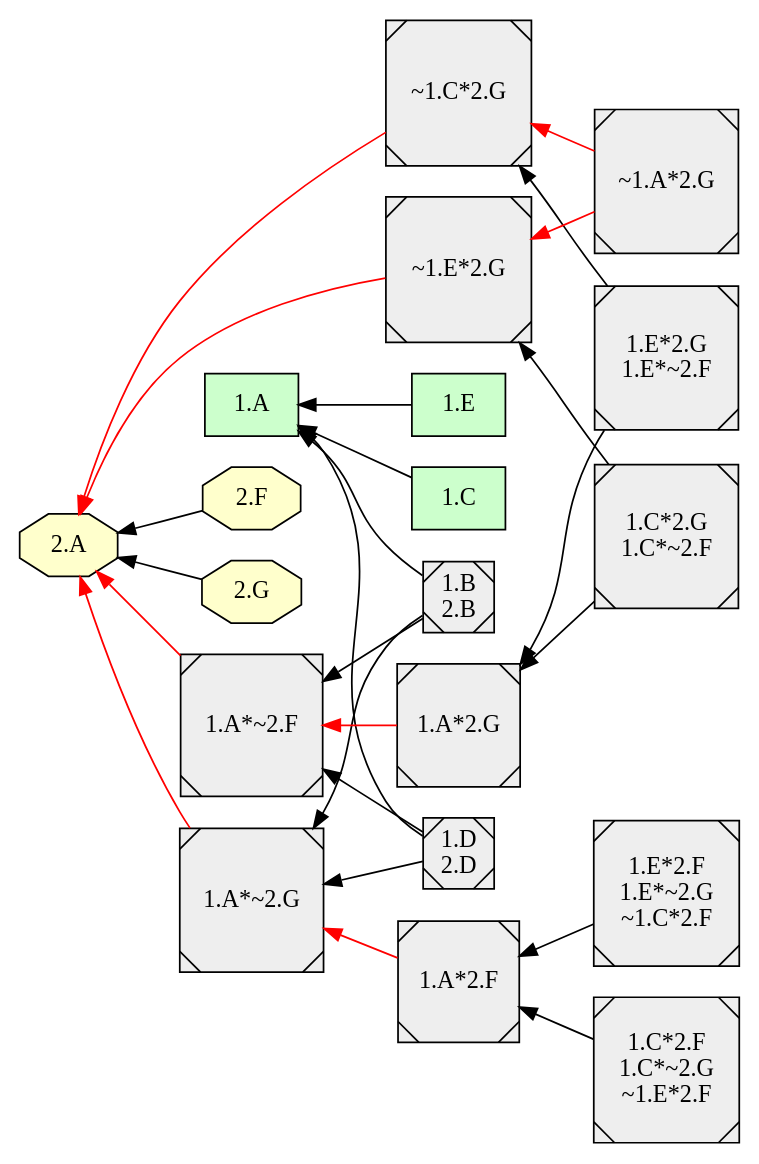
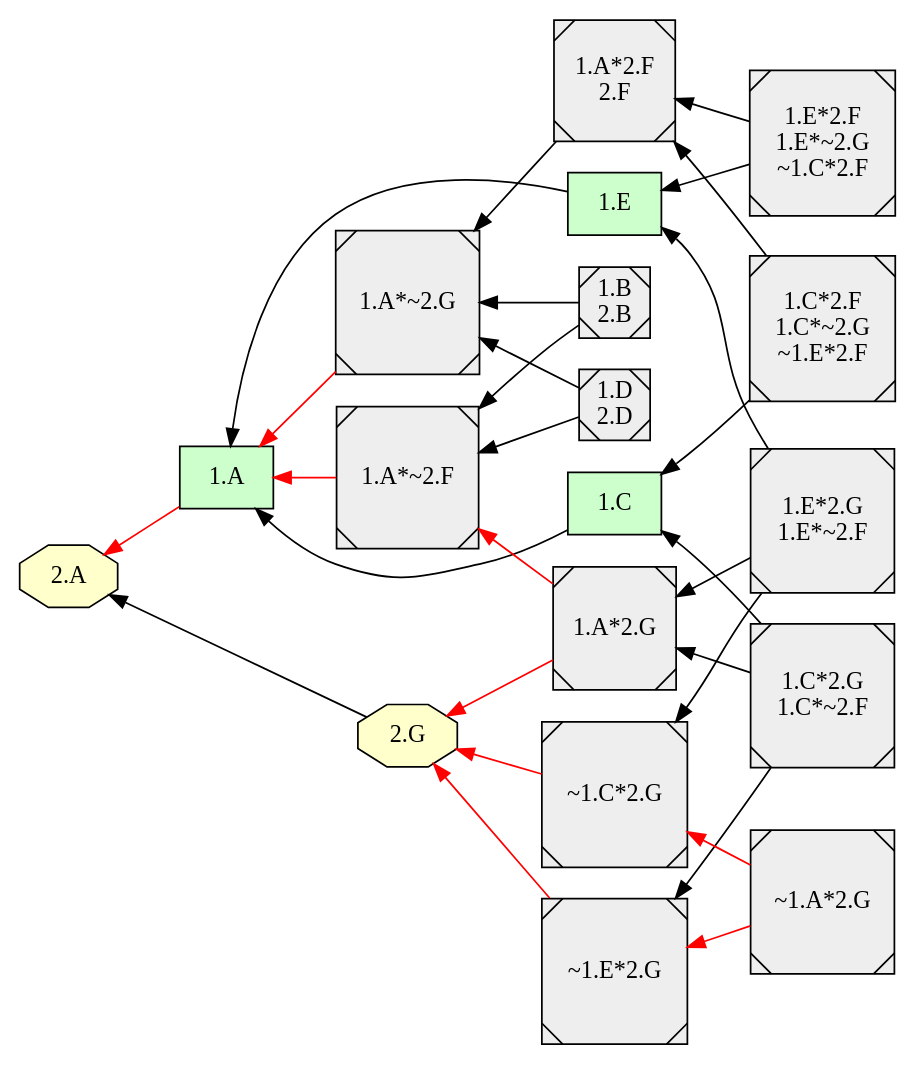
The diagram in example/abstract4/abstract4_4.dot (EulerProject/EulerX), drawn with Graphviz before and after one commit. The commit also changed 18 other files, not shown here.

```diff
--- a/example/abstract4/abstract4_4.dot
+++ b/example/abstract4/abstract4_4.dot
@@ -1,111 +1,142 @@
 digraph {
 
 rankdir = RL
 
   node [shape=box style="filled" fillcolor="#CCFFCC"]
   "1.C"
   "1.A"
   "1.E"
   "1.A"
   "1.A"
   "1.A"
+  "1.A"
+  "1.E"
+  "1.E"
+  "1.C"
+  "1.C"
+  "1.A"
+  "1.A"
+  "1.A"
+  "1.A"
+  "1.A"
+  "1.A"
+  "1.A"
   node [shape=octagon style="filled" fillcolor="#FFFFCC"]
-  "2.F"
+  "2.G"
   "2.A"
+  "2.G"
+  "2.G"
   "2.G"
   "2.A"
   "2.A"
   "2.A"
   "2.A"
   "2.A"
   "2.A"
+  "2.G"
   "2.A"
-  "2.A"
-  "2.A"
-  "2.A"
+  "2.G"
   "2.A"
   node [shape=Msquare style="filled" fillcolor="#EEEEEE"]
+  "1.A*2.F\n2.F"
   "1.B\n2.B"
+  "1.A*2.F\n2.F"
   "1.D\n2.D"
   "1.D\n2.D"
   "1.E*2.G\n1.E*~2.F"
   "1.E*2.F\n1.E*~2.G\n~1.C*2.F"
   "1.B\n2.B"
   "1.C*2.F\n1.C*~2.G\n~1.E*2.F"
   "1.C*2.G\n1.C*~2.F"
-  "1.A*2.F"
-  "1.A*~2.G"
+  "~1.E*2.G"
+  "~1.C*2.G"
+  "1.A*2.G"
+  "1.A*2.G"
   "1.A*~2.F"
   "~1.A*2.G"
   "~1.C*2.G"
   "~1.A*2.G"
   "~1.E*2.G"
-  "1.A*2.G"
+  "1.A*~2.G"
   "1.A*~2.F"
+  "1.E*2.F\n1.E*~2.G\n~1.C*2.F"
+  "1.A*2.F\n2.F"
   "1.A*~2.G"
-  "~1.E*2.G"
-  "~1.C*2.G"
   "1.E*2.F\n1.E*~2.G\n~1.C*2.F"
-  "1.A*2.F"
-  "1.B\n2.B"
-  "1.B\n2.B"
-  "1.A*~2.F"
+  "1.A*2.F\n2.F"
   "1.B\n2.B"
   "1.A*~2.G"
-  "1.D\n2.D"
-  "1.D\n2.D"
+  "1.B\n2.B"
   "1.A*~2.F"
   "1.D\n2.D"
   "1.A*~2.G"
+  "1.D\n2.D"
+  "1.A*~2.F"
   "1.E*2.G\n1.E*~2.F"
   "~1.C*2.G"
   "1.E*2.G\n1.E*~2.F"
+  "1.E*2.G\n1.E*~2.F"
+  "1.A*2.G"
+  "1.C*2.G\n1.C*~2.F"
+  "1.C*2.G\n1.C*~2.F"
   "1.A*2.G"
   "1.C*2.G\n1.C*~2.F"
   "~1.E*2.G"
-  "1.C*2.G\n1.C*~2.F"
-  "1.A*2.G"
   "1.C*2.F\n1.C*~2.G\n~1.E*2.F"
-  "1.A*2.F"
+  "1.C*2.F\n1.C*~2.G\n~1.E*2.F"
+  "1.A*2.F\n2.F"
   "1.E*2.F\n1.E*~2.G\n~1.C*2.F"
+  "1.E*2.F\n1.E*~2.G\n~1.C*2.F"
+  "1.A*2.F\n2.F"
+  "1.A*2.F\n2.F"
   "1.E*2.F\n1.E*~2.G\n~1.C*2.F"
   "1.A*~2.G"
   "1.B\n2.B"
+  "1.B\n2.B"
   "1.D\n2.D"
+  "1.D\n2.D"
+  "1.E*2.G\n1.E*~2.F"
+  "1.E*2.G\n1.E*~2.F"
   "1.E*2.G\n1.E*~2.F"
   "1.E*2.G\n1.E*~2.F"
   "1.A*~2.F"
   "1.C*2.G\n1.C*~2.F"
   "1.C*2.G\n1.C*~2.F"
+  "1.C*2.G\n1.C*~2.F"
+  "1.C*2.G\n1.C*~2.F"
   "1.A*~2.F"
+  "1.C*2.F\n1.C*~2.G\n~1.E*2.F"
   "1.C*2.F\n1.C*~2.G\n~1.E*2.F"
   "1.C*2.F\n1.C*~2.G\n~1.E*2.F"
   "1.A*~2.G"
   "1.C" -> "1.A" [style=filled, color=black];
   "1.E" -> "1.A" [style=filled, color=black];
-  "2.F" -> "2.A" [style=filled, color=black];
   "2.G" -> "2.A" [style=filled, color=black];
-  "1.A*2.F" -> "1.A*~2.G" [style=filled, color=red];
-  "1.A*~2.F" -> "2.A" [style=filled, color=red];
+  "~1.E*2.G" -> "2.G" [style=filled, color=red];
+  "~1.C*2.G" -> "2.G" [style=filled, color=red];
+  "1.A*2.G" -> "2.G" [style=filled, color=red];
+  "1.A*2.G" -> "1.A*~2.F" [style=filled, color=red];
   "~1.A*2.G" -> "~1.C*2.G" [style=filled, color=red];
   "~1.A*2.G" -> "~1.E*2.G" [style=filled, color=red];
-  "1.A*2.G" -> "1.A*~2.F" [style=filled, color=red];
-  "1.A*~2.G" -> "2.A" [style=filled, color=red];
-  "~1.E*2.G" -> "2.A" [style=filled, color=red];
-  "~1.C*2.G" -> "2.A" [style=filled, color=red];
-  "1.E*2.F\n1.E*~2.G\n~1.C*2.F" -> "1.A*2.F" [style=filled, color=black];
-  "1.B\n2.B" -> "1.A" [style=filled, color=black];
+  "1.A" -> "2.A" [style=filled, color=red];
+  "1.A*~2.G" -> "1.A" [style=filled, color=red];
+  "1.A*~2.F" -> "1.A" [style=filled, color=red];
+  "1.E*2.F\n1.E*~2.G\n~1.C*2.F" -> "1.E" [style=filled, color=black];
+  "1.A*2.F\n2.F" -> "1.A*~2.G" [style=filled, color=black];
+  "1.E*2.F\n1.E*~2.G\n~1.C*2.F" -> "1.A*2.F\n2.F" [style=filled, color=black];
+  "1.B\n2.B" -> "1.A*~2.G" [style=filled, color=black];
   "1.B\n2.B" -> "1.A*~2.F" [style=filled, color=black];
-  "1.B\n2.B" -> "1.A*~2.G" [style=filled, color=black];
-  "1.D\n2.D" -> "1.A" [style=filled, color=black];
+  "1.D\n2.D" -> "1.A*~2.G" [style=filled, color=black];
   "1.D\n2.D" -> "1.A*~2.F" [style=filled, color=black];
-  "1.D\n2.D" -> "1.A*~2.G" [style=filled, color=black];
   "1.E*2.G\n1.E*~2.F" -> "~1.C*2.G" [style=filled, color=black];
+  "1.E*2.G\n1.E*~2.F" -> "1.E" [style=filled, color=black];
   "1.E*2.G\n1.E*~2.F" -> "1.A*2.G" [style=filled, color=black];
+  "1.C*2.G\n1.C*~2.F" -> "1.C" [style=filled, color=black];
+  "1.C*2.G\n1.C*~2.F" -> "1.A*2.G" [style=filled, color=black];
   "1.C*2.G\n1.C*~2.F" -> "~1.E*2.G" [style=filled, color=black];
-  "1.C*2.G\n1.C*~2.F" -> "1.A*2.G" [style=filled, color=black];
-  "1.C*2.F\n1.C*~2.G\n~1.E*2.F" -> "1.A*2.F" [style=filled, color=black];
+  "1.C*2.F\n1.C*~2.G\n~1.E*2.F" -> "1.C" [style=filled, color=black];
+  "1.C*2.F\n1.C*~2.G\n~1.E*2.F" -> "1.A*2.F\n2.F" [style=filled, color=black];
   subgraph cluster_lg {
     rankdir = LR
   }
 }
```
